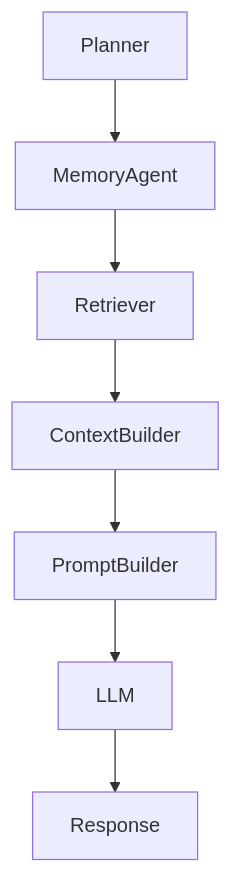
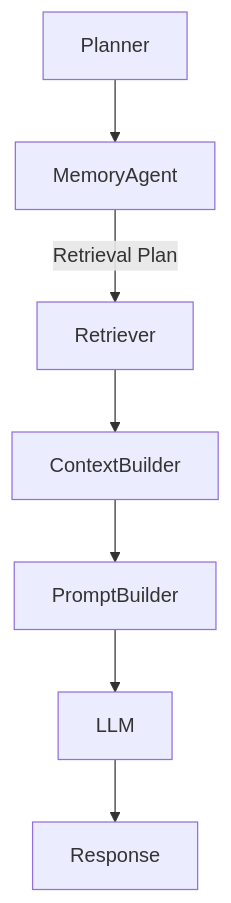
Before and after one commit to koraayoztuurk/SentinelAI: the first of 4 diagrams in docs/03-ai/rag-architecture.md, drawn with Mermaid. The commit also changed other lines of this file and 66 other files, not shown here.

````diff
--- a/docs/03-ai/rag-architecture.md
+++ b/docs/03-ai/rag-architecture.md
@@ -77,10 +77,10 @@
 ```mermaid
 flowchart TD
 
 Planner --> MemoryAgent
-MemoryAgent --> Retriever
+MemoryAgent -->|Retrieval Plan| Retriever
 Retriever --> ContextBuilder
 ContextBuilder --> PromptBuilder
 PromptBuilder --> LLM
 LLM --> Response
 ```
````
